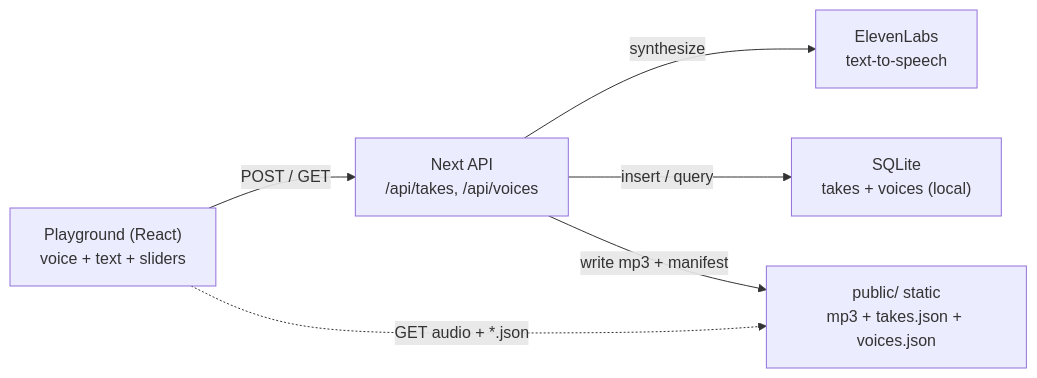
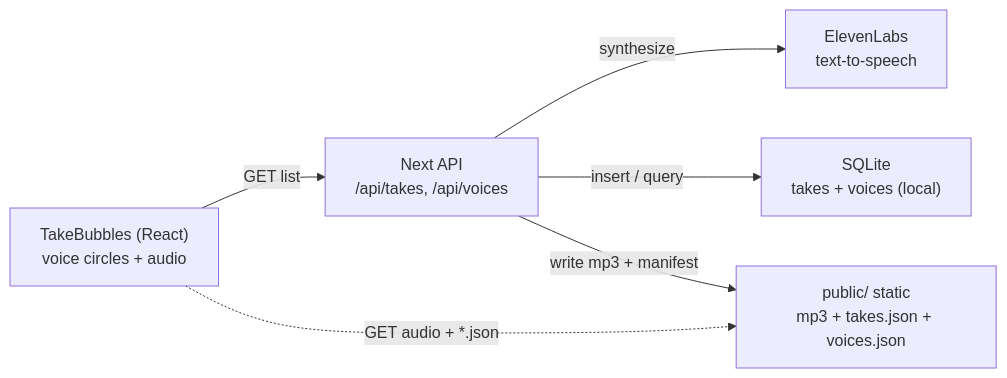
The second of 2 diagrams in README.md (bunlongheng/voices), drawn with Mermaid before and after one commit. The commit also changed other lines of this file and 18 other files, not shown here.

First line of the commit message:
feat: library-only, Apple-Watch-style voice circles

````diff
--- a/README.md
+++ b/README.md
@@ -63,8 +63,8 @@
 ```mermaid
 flowchart LR
-    P["Playground (React)<br/>voice + text + sliders"] -->|POST / GET| A["Next API<br/>/api/takes, /api/voices"]
+    L["TakeBubbles (React)<br/>voice circles + audio"] -->|GET list| A["Next API<br/>/api/takes, /api/voices"]
     A -->|synthesize| E["ElevenLabs<br/>text-to-speech"]
     A -->|insert / query| S["SQLite<br/>takes + voices (local)"]
     A -->|write mp3 + manifest| F["public/ static<br/>mp3 + takes.json + voices.json"]
-    P -.->|GET audio + *.json| F
+    L -.->|GET audio + *.json| F
 ```
````
